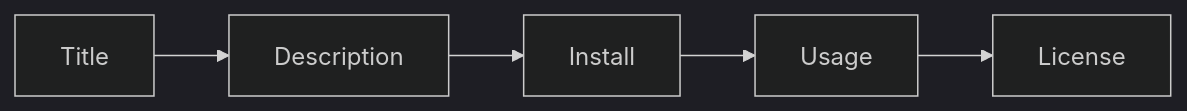
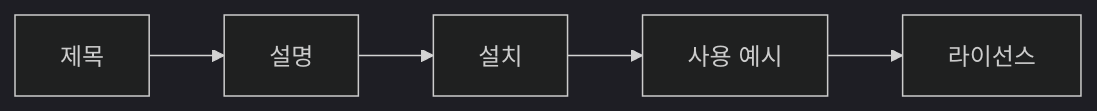
The diagram in content/open-source-101/ko/05-good-readme.md (yeongseon-books/book-content), drawn with Mermaid (dark theme) before and after one commit. The commit also changed other lines of this file and 9 other files, not shown here.

````diff
--- a/content/open-source-101/ko/05-good-readme.md
+++ b/content/open-source-101/ko/05-good-readme.md
@@ -33,7 +47,7 @@
 ```mermaid
 flowchart LR
-    T[Title] --> D[Description]
-    D --> I[Install]
-    I --> U[Usage]
-    U --> L[License]
+    T[제목] --> D[설명]
+    D --> I[설치]
+    I --> U[사용 예시]
+    U --> L[라이선스]
 ```
````
